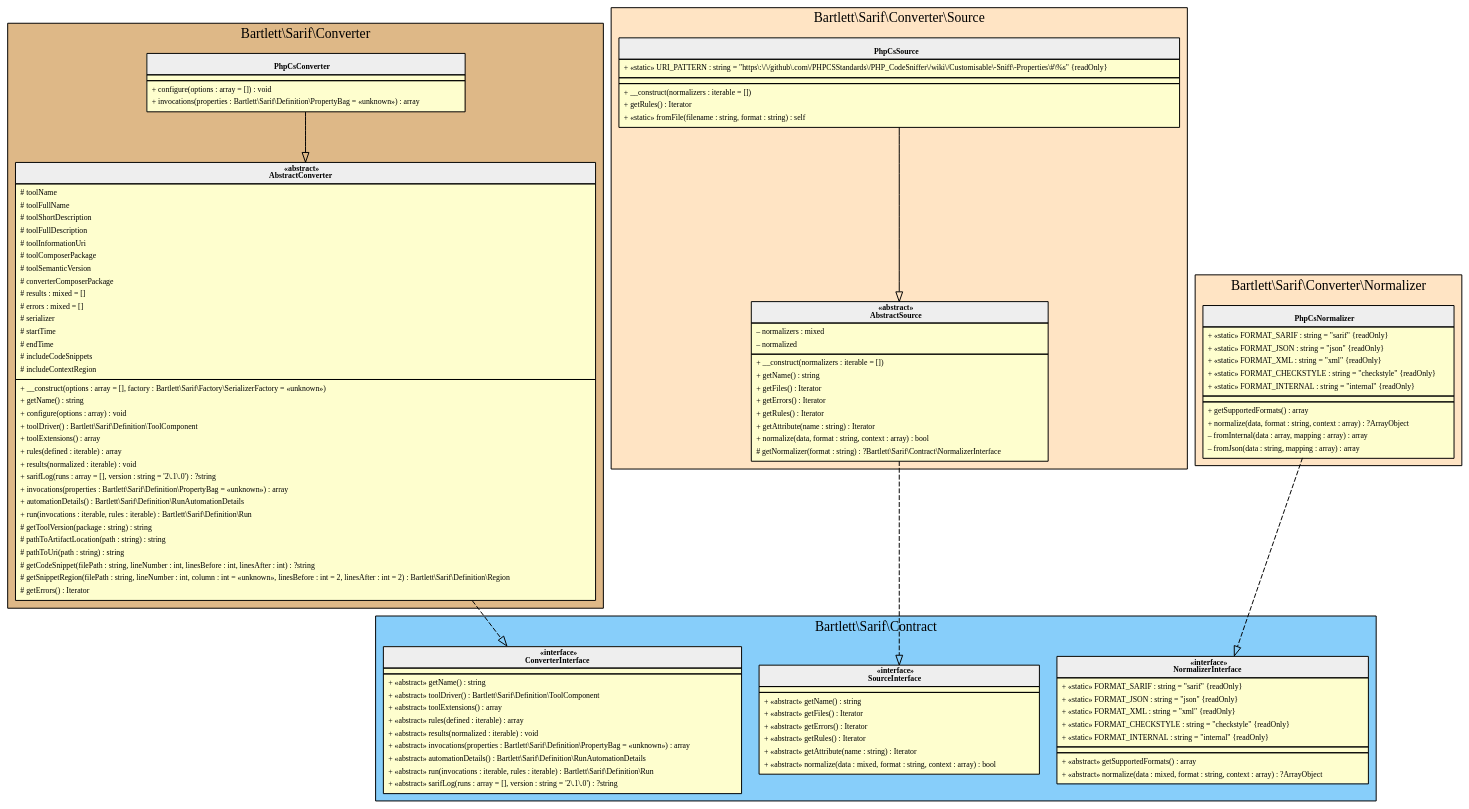
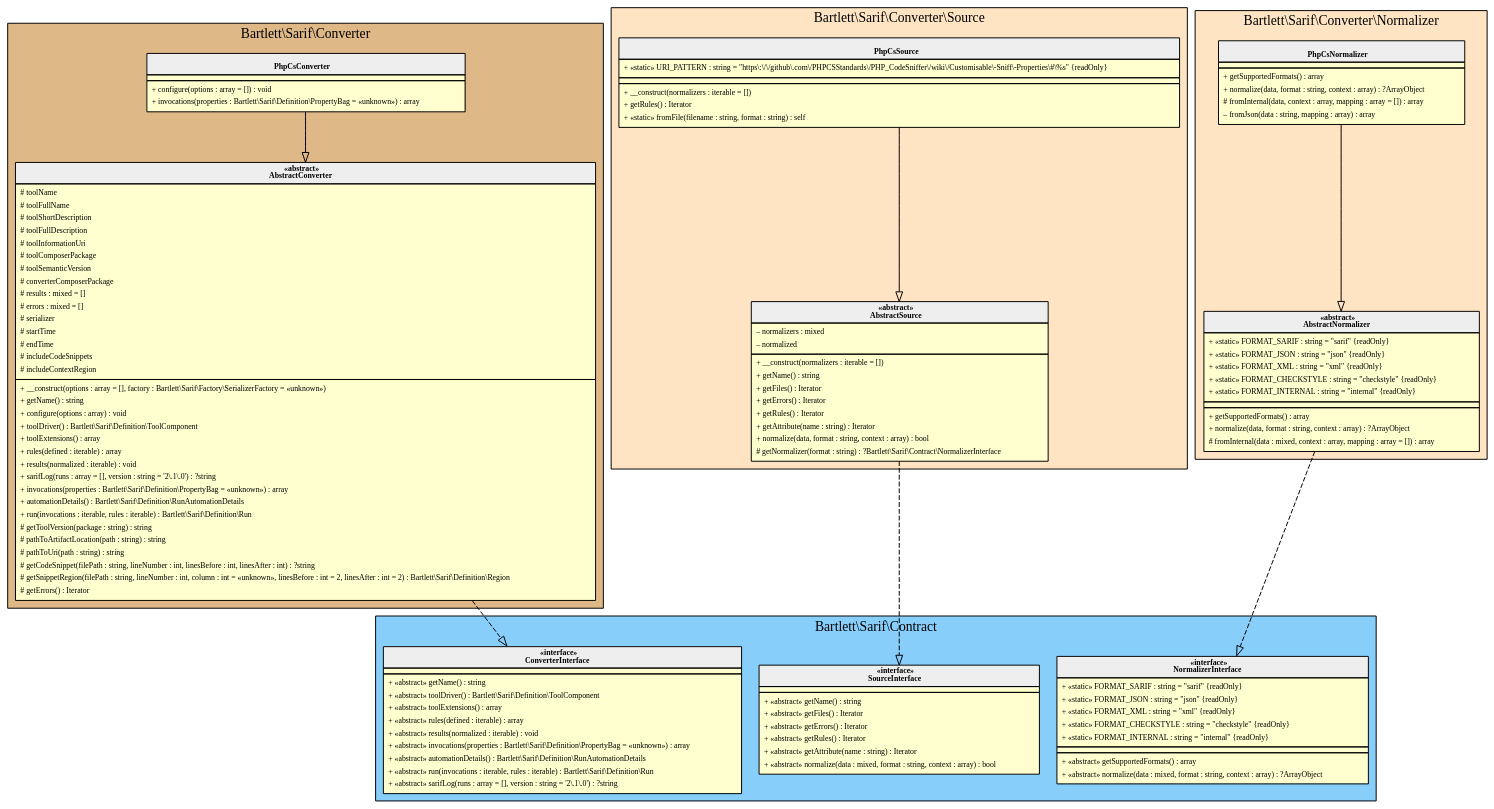
One commit to llaville/sarif-php-converters changed the diagram in 1.0/assets/images/converter-phpcs.html.gv. Above: the diagram before and after it, drawn with Graphviz. The commit also changed 26 other files, not shown here.

```diff
--- a/1.0/assets/images/converter-phpcs.html.gv
+++ b/1.0/assets/images/converter-phpcs.html.gv
@@ -1,169 +1,180 @@
 digraph {
   graph [name="G" overlap="false" rankdir="TB" bgcolor="transparent"]
   node [fontname="Verdana" fontsize=8 shape="none" margin=0 fillcolor="#FEFECE" style="filled"]
   edge [fontname="Verdana" fontsize=8]
   subgraph cluster_0 {
     graph [bgcolor="BurlyWood"]
     label = "Bartlett\\Sarif\\Converter"
     "Bartlett\\Sarif\\Converter\\PhpCsConverter" [shape="none" label=<
 <table cellspacing="0" border="0" cellborder="1">
     <tr><td bgcolor="#eeeeee"><b><br/>PhpCsConverter</b></td></tr>
     <tr><td></td></tr>
     <tr><td><table border="0" cellspacing="0" cellpadding="2">
     <tr><td align="left">+ configure(options : array = []) : void</td></tr>
     <tr><td align="left">+ invocations(properties : Bartlett\\Sarif\\Definition\\PropertyBag = «unknown») : array</td></tr>
 </table></td></tr>
 </table>>]
     "Bartlett\\Sarif\\Converter\\AbstractConverter" [shape="none" label=<
 <table cellspacing="0" border="0" cellborder="1">
     <tr><td bgcolor="#eeeeee"><b>«abstract»<br/>AbstractConverter</b></td></tr>
     <tr><td><table border="0" cellspacing="0" cellpadding="2">
     <tr><td align="left"># toolName</td></tr>
     <tr><td align="left"># toolFullName</td></tr>
     <tr><td align="left"># toolShortDescription</td></tr>
     <tr><td align="left"># toolFullDescription</td></tr>
     <tr><td align="left"># toolInformationUri</td></tr>
     <tr><td align="left"># toolComposerPackage</td></tr>
     <tr><td align="left"># toolSemanticVersion</td></tr>
     <tr><td align="left"># converterComposerPackage</td></tr>
     <tr><td align="left"># results : mixed = []</td></tr>
     <tr><td align="left"># errors : mixed = []</td></tr>
     <tr><td align="left"># serializer</td></tr>
     <tr><td align="left"># startTime</td></tr>
     <tr><td align="left"># endTime</td></tr>
     <tr><td align="left"># includeCodeSnippets</td></tr>
     <tr><td align="left"># includeContextRegion</td></tr>
 </table></td></tr>
     <tr><td><table border="0" cellspacing="0" cellpadding="2">
     <tr><td align="left">+ __construct(options : array = [], factory : Bartlett\\Sarif\\Factory\\SerializerFactory = «unknown»)</td></tr>
     <tr><td align="left">+ getName() : string</td></tr>
     <tr><td align="left">+ configure(options : array) : void</td></tr>
     <tr><td align="left">+ toolDriver() : Bartlett\\Sarif\\Definition\\ToolComponent</td></tr>
     <tr><td align="left">+ toolExtensions() : array</td></tr>
     <tr><td align="left">+ rules(defined : iterable) : array</td></tr>
     <tr><td align="left">+ results(normalized : iterable) : void</td></tr>
     <tr><td align="left">+ sarifLog(runs : array = [], version : string = '2\.1\.0') : ?string</td></tr>
     <tr><td align="left">+ invocations(properties : Bartlett\\Sarif\\Definition\\PropertyBag = «unknown») : array</td></tr>
     <tr><td align="left">+ automationDetails() : Bartlett\\Sarif\\Definition\\RunAutomationDetails</td></tr>
     <tr><td align="left">+ run(invocations : iterable, rules : iterable) : Bartlett\\Sarif\\Definition\\Run</td></tr>
     <tr><td align="left"># getToolVersion(package : string) : string</td></tr>
     <tr><td align="left"># pathToArtifactLocation(path : string) : string</td></tr>
     <tr><td align="left"># pathToUri(path : string) : string</td></tr>
     <tr><td align="left"># getCodeSnippet(filePath : string, lineNumber : int, linesBefore : int, linesAfter : int) : ?string</td></tr>
     <tr><td align="left"># getSnippetRegion(filePath : string, lineNumber : int, column : int = «unknown», linesBefore : int = 2, linesAfter : int = 2) : Bartlett\\Sarif\\Definition\\Region</td></tr>
     <tr><td align="left"># getErrors() : Iterator</td></tr>
 </table></td></tr>
 </table>>]
   }
   subgraph cluster_1 {
     graph [bgcolor="LightSkyBlue"]
     label = "Bartlett\\Sarif\\Contract"
     "Bartlett\\Sarif\\Contract\\ConverterInterface" [shape="none" label=<
 <table cellspacing="0" border="0" cellborder="1">
     <tr><td bgcolor="#eeeeee"><b>«interface»<br/>ConverterInterface</b></td></tr>
     <tr><td></td></tr>
     <tr><td><table border="0" cellspacing="0" cellpadding="2">
     <tr><td align="left">+ «abstract» getName() : string</td></tr>
     <tr><td align="left">+ «abstract» toolDriver() : Bartlett\\Sarif\\Definition\\ToolComponent</td></tr>
     <tr><td align="left">+ «abstract» toolExtensions() : array</td></tr>
     <tr><td align="left">+ «abstract» rules(defined : iterable) : array</td></tr>
     <tr><td align="left">+ «abstract» results(normalized : iterable) : void</td></tr>
     <tr><td align="left">+ «abstract» invocations(properties : Bartlett\\Sarif\\Definition\\PropertyBag = «unknown») : array</td></tr>
     <tr><td align="left">+ «abstract» automationDetails() : Bartlett\\Sarif\\Definition\\RunAutomationDetails</td></tr>
     <tr><td align="left">+ «abstract» run(invocations : iterable, rules : iterable) : Bartlett\\Sarif\\Definition\\Run</td></tr>
     <tr><td align="left">+ «abstract» sarifLog(runs : array = [], version : string = '2\.1\.0') : ?string</td></tr>
 </table></td></tr>
 </table>>]
     "Bartlett\\Sarif\\Contract\\SourceInterface" [shape="none" label=<
 <table cellspacing="0" border="0" cellborder="1">
     <tr><td bgcolor="#eeeeee"><b>«interface»<br/>SourceInterface</b></td></tr>
     <tr><td></td></tr>
     <tr><td><table border="0" cellspacing="0" cellpadding="2">
     <tr><td align="left">+ «abstract» getName() : string</td></tr>
     <tr><td align="left">+ «abstract» getFiles() : Iterator</td></tr>
     <tr><td align="left">+ «abstract» getErrors() : Iterator</td></tr>
     <tr><td align="left">+ «abstract» getRules() : Iterator</td></tr>
     <tr><td align="left">+ «abstract» getAttribute(name : string) : Iterator</td></tr>
     <tr><td align="left">+ «abstract» normalize(data : mixed, format : string, context : array) : bool</td></tr>
 </table></td></tr>
 </table>>]
     "Bartlett\\Sarif\\Contract\\NormalizerInterface" [shape="none" label=<
 <table cellspacing="0" border="0" cellborder="1">
     <tr><td bgcolor="#eeeeee"><b>«interface»<br/>NormalizerInterface</b></td></tr>
     <tr><td><table border="0" cellspacing="0" cellpadding="2">
     <tr><td align="left">+ «static» FORMAT_SARIF : string = "sarif" {readOnly}</td></tr>
     <tr><td align="left">+ «static» FORMAT_JSON : string = "json" {readOnly}</td></tr>
     <tr><td align="left">+ «static» FORMAT_XML : string = "xml" {readOnly}</td></tr>
     <tr><td align="left">+ «static» FORMAT_CHECKSTYLE : string = "checkstyle" {readOnly}</td></tr>
     <tr><td align="left">+ «static» FORMAT_INTERNAL : string = "internal" {readOnly}</td></tr>
 </table></td></tr>
     <tr><td></td></tr>
     <tr><td><table border="0" cellspacing="0" cellpadding="2">
     <tr><td align="left">+ «abstract» getSupportedFormats() : array</td></tr>
     <tr><td align="left">+ «abstract» normalize(data : mixed, format : string, context : array) : ?ArrayObject</td></tr>
 </table></td></tr>
 </table>>]
   }
   subgraph cluster_2 {
     graph [bgcolor="Bisque"]
     label = "Bartlett\\Sarif\\Converter\\Source"
     "Bartlett\\Sarif\\Converter\\Source\\PhpCsSource" [shape="none" label=<
 <table cellspacing="0" border="0" cellborder="1">
     <tr><td bgcolor="#eeeeee"><b><br/>PhpCsSource</b></td></tr>
     <tr><td><table border="0" cellspacing="0" cellpadding="2">
     <tr><td align="left">+ «static» URI_PATTERN : string = "https\:\/\/github\.com\/PHPCSStandards\/PHP_CodeSniffer\/wiki\/Customisable\-Sniff\-Properties\#\%s" {readOnly}</td></tr>
 </table></td></tr>
     <tr><td></td></tr>
     <tr><td><table border="0" cellspacing="0" cellpadding="2">
     <tr><td align="left">+ __construct(normalizers : iterable = [])</td></tr>
     <tr><td align="left">+ getRules() : Iterator</td></tr>
     <tr><td align="left">+ «static» fromFile(filename : string, format : string) : self</td></tr>
 </table></td></tr>
 </table>>]
     "Bartlett\\Sarif\\Converter\\Source\\AbstractSource" [shape="none" label=<
 <table cellspacing="0" border="0" cellborder="1">
     <tr><td bgcolor="#eeeeee"><b>«abstract»<br/>AbstractSource</b></td></tr>
     <tr><td><table border="0" cellspacing="0" cellpadding="2">
     <tr><td align="left">– normalizers : mixed</td></tr>
     <tr><td align="left">– normalized</td></tr>
 </table></td></tr>
     <tr><td><table border="0" cellspacing="0" cellpadding="2">
     <tr><td align="left">+ __construct(normalizers : iterable = [])</td></tr>
     <tr><td align="left">+ getName() : string</td></tr>
     <tr><td align="left">+ getFiles() : Iterator</td></tr>
     <tr><td align="left">+ getErrors() : Iterator</td></tr>
     <tr><td align="left">+ getRules() : Iterator</td></tr>
     <tr><td align="left">+ getAttribute(name : string) : Iterator</td></tr>
     <tr><td align="left">+ normalize(data, format : string, context : array) : bool</td></tr>
     <tr><td align="left"># getNormalizer(format : string) : ?Bartlett\\Sarif\\Contract\\NormalizerInterface</td></tr>
 </table></td></tr>
 </table>>]
   }
   subgraph cluster_3 {
     graph [bgcolor="Bisque"]
     label = "Bartlett\\Sarif\\Converter\\Normalizer"
     "Bartlett\\Sarif\\Converter\\Normalizer\\PhpCsNormalizer" [shape="none" label=<
 <table cellspacing="0" border="0" cellborder="1">
     <tr><td bgcolor="#eeeeee"><b><br/>PhpCsNormalizer</b></td></tr>
+    <tr><td></td></tr>
+    <tr><td><table border="0" cellspacing="0" cellpadding="2">
+    <tr><td align="left">+ getSupportedFormats() : array</td></tr>
+    <tr><td align="left">+ normalize(data, format : string, context : array) : ?ArrayObject</td></tr>
+    <tr><td align="left"># fromInternal(data, context : array, mapping : array = []) : array</td></tr>
+    <tr><td align="left">– fromJson(data : string, mapping : array) : array</td></tr>
+</table></td></tr>
+</table>>]
+    "Bartlett\\Sarif\\Converter\\Normalizer\\AbstractNormalizer" [shape="none" label=<
+<table cellspacing="0" border="0" cellborder="1">
+    <tr><td bgcolor="#eeeeee"><b>«abstract»<br/>AbstractNormalizer</b></td></tr>
     <tr><td><table border="0" cellspacing="0" cellpadding="2">
     <tr><td align="left">+ «static» FORMAT_SARIF : string = "sarif" {readOnly}</td></tr>
     <tr><td align="left">+ «static» FORMAT_JSON : string = "json" {readOnly}</td></tr>
     <tr><td align="left">+ «static» FORMAT_XML : string = "xml" {readOnly}</td></tr>
     <tr><td align="left">+ «static» FORMAT_CHECKSTYLE : string = "checkstyle" {readOnly}</td></tr>
     <tr><td align="left">+ «static» FORMAT_INTERNAL : string = "internal" {readOnly}</td></tr>
 </table></td></tr>
     <tr><td></td></tr>
     <tr><td><table border="0" cellspacing="0" cellpadding="2">
     <tr><td align="left">+ getSupportedFormats() : array</td></tr>
     <tr><td align="left">+ normalize(data, format : string, context : array) : ?ArrayObject</td></tr>
-    <tr><td align="left">– fromInternal(data : array, mapping : array) : array</td></tr>
-    <tr><td align="left">– fromJson(data : string, mapping : array) : array</td></tr>
+    <tr><td align="left"># fromInternal(data : mixed, context : array, mapping : array = []) : array</td></tr>
 </table></td></tr>
 </table>>]
   }
   "Bartlett\\Sarif\\Converter\\AbstractConverter" -> "Bartlett\\Sarif\\Contract\\ConverterInterface" [arrowhead="empty" style="dashed"]
   "Bartlett\\Sarif\\Converter\\PhpCsConverter" -> "Bartlett\\Sarif\\Converter\\AbstractConverter" [arrowhead="empty" style="filled"]
   "Bartlett\\Sarif\\Converter\\Source\\AbstractSource" -> "Bartlett\\Sarif\\Contract\\SourceInterface" [arrowhead="empty" style="dashed"]
   "Bartlett\\Sarif\\Converter\\Source\\PhpCsSource" -> "Bartlett\\Sarif\\Converter\\Source\\AbstractSource" [arrowhead="empty" style="filled"]
-  "Bartlett\\Sarif\\Converter\\Normalizer\\PhpCsNormalizer" -> "Bartlett\\Sarif\\Contract\\NormalizerInterface" [arrowhead="empty" style="dashed"]
+  "Bartlett\\Sarif\\Converter\\Normalizer\\AbstractNormalizer" -> "Bartlett\\Sarif\\Contract\\NormalizerInterface" [arrowhead="empty" style="dashed"]
+  "Bartlett\\Sarif\\Converter\\Normalizer\\PhpCsNormalizer" -> "Bartlett\\Sarif\\Converter\\Normalizer\\AbstractNormalizer" [arrowhead="empty" style="filled"]
 }
```
